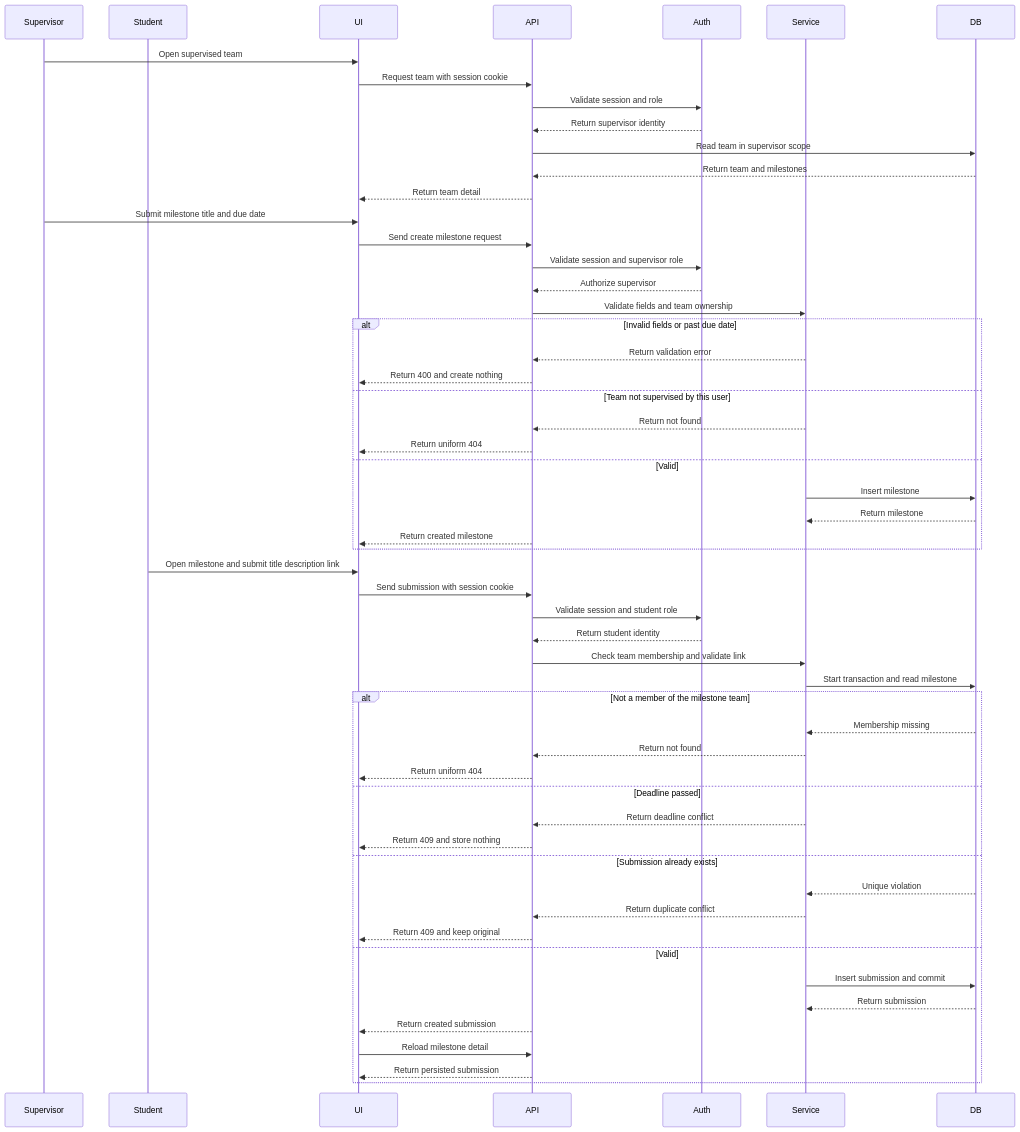
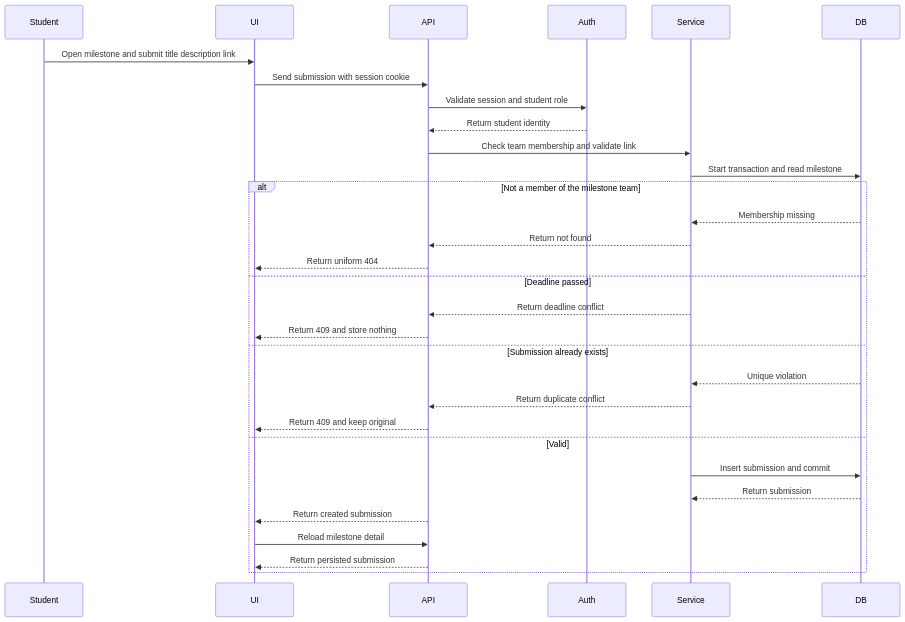
The second of 4 diagrams in docs/sprints/sprint-1/plan.md (N0M3KM/CPMS), drawn with Mermaid before and after one commit. The commit also changed other lines of this file and 11 other files, not shown here.

Commit message:
docs: split Sprint 1 sequence diagrams; correct F-04 red evidence; improve PDF builder

````diff
--- a/docs/sprints/sprint-1/plan.md
+++ b/docs/sprints/sprint-1/plan.md
@@ -73,57 +109,33 @@
 ```mermaid
 sequenceDiagram
-  participant Supervisor
   participant Student
   participant UI
   participant API
   participant Auth
   participant Service
   participant DB
-  Supervisor->>UI: Open supervised team
-  UI->>API: Request team with session cookie
-  API->>Auth: Validate session and role
-  Auth-->>API: Return supervisor identity
-  API->>DB: Read team in supervisor scope
-  DB-->>API: Return team and milestones
-  API-->>UI: Return team detail
-  Supervisor->>UI: Submit milestone title and due date
-  UI->>API: Send create milestone request
-  API->>Auth: Validate session and supervisor role
-  Auth-->>API: Authorize supervisor
-  API->>Service: Validate fields and team ownership
-  alt Invalid fields or past due date
-    Service-->>API: Return validation error
-    API-->>UI: Return 400 and create nothing
-  else Team not supervised by this user
-    Service-->>API: Return not found
-    API-->>UI: Return uniform 404
-  else Valid
-    Service->>DB: Insert milestone
-    DB-->>Service: Return milestone
-    API-->>UI: Return created milestone
-  end
   Student->>UI: Open milestone and submit title description link
   UI->>API: Send submission with session cookie
   API->>Auth: Validate session and student role
   Auth-->>API: Return student identity
   API->>Service: Check team membership and validate link
   Service->>DB: Start transaction and read milestone
   alt Not a member of the milestone team
     DB-->>Service: Membership missing
     Service-->>API: Return not found
     API-->>UI: Return uniform 404
   else Deadline passed
     Service-->>API: Return deadline conflict
     API-->>UI: Return 409 and store nothing
   else Submission already exists
     DB-->>Service: Unique violation
     Service-->>API: Return duplicate conflict
     API-->>UI: Return 409 and keep original
   else Valid
     Service->>DB: Insert submission and commit
     DB-->>Service: Return submission
     API-->>UI: Return created submission
     UI->>API: Reload milestone detail
     API-->>UI: Return persisted submission
   end
 ```
````
